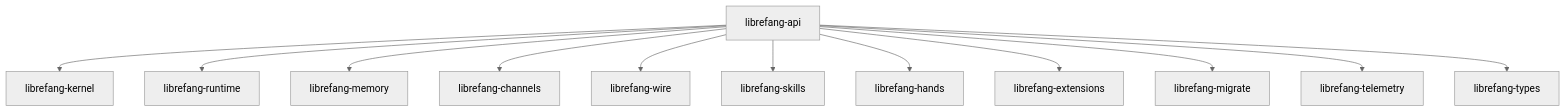
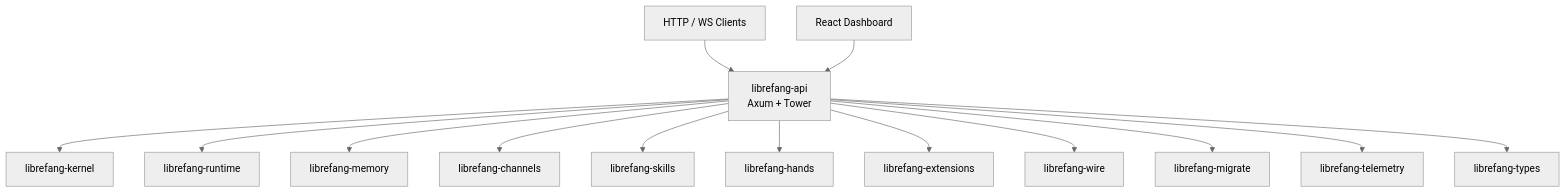
The diagram in other-librefang-api.md (leszek3737/librefang-WIki), drawn with Mermaid (neutral theme) before and after one commit. The commit also changed other lines of this file and 118 other files, not shown here.

````diff
--- a/other-librefang-api.md
+++ b/other-librefang-api.md
@@ -11,14 +9,16 @@
 ```mermaid
 graph TD
-    API[librefang-api] --> K[librefang-kernel]
-    API --> RT[librefang-runtime]
-    API --> MEM[librefang-memory]
-    API --> CH[librefang-channels]
-    API --> WIRE[librefang-wire]
-    API --> SK[librefang-skills]
-    API --> HANDS[librefang-hands]
-    API --> EXT[librefang-extensions]
-    API --> MIG[librefang-migrate]
-    API --> TEL[librefang-telemetry]
-    API --> TY[librefang-types]
+    Client[HTTP / WS Clients] --> API[librefang-api<br>Axum + Tower]
+    Dashboard[React Dashboard] --> API
+    API --> Kernel[librefang-kernel]
+    API --> Runtime[librefang-runtime]
+    API --> Memory[librefang-memory]
+    API --> Channels[librefang-channels]
+    API --> Skills[librefang-skills]
+    API --> Hands[librefang-hands]
+    API --> Extensions[librefang-extensions]
+    API --> Wire[librefang-wire]
+    API --> Migrate[librefang-migrate]
+    API --> Telemetry[librefang-telemetry]
+    API --> Types[librefang-types]
 ```
````
